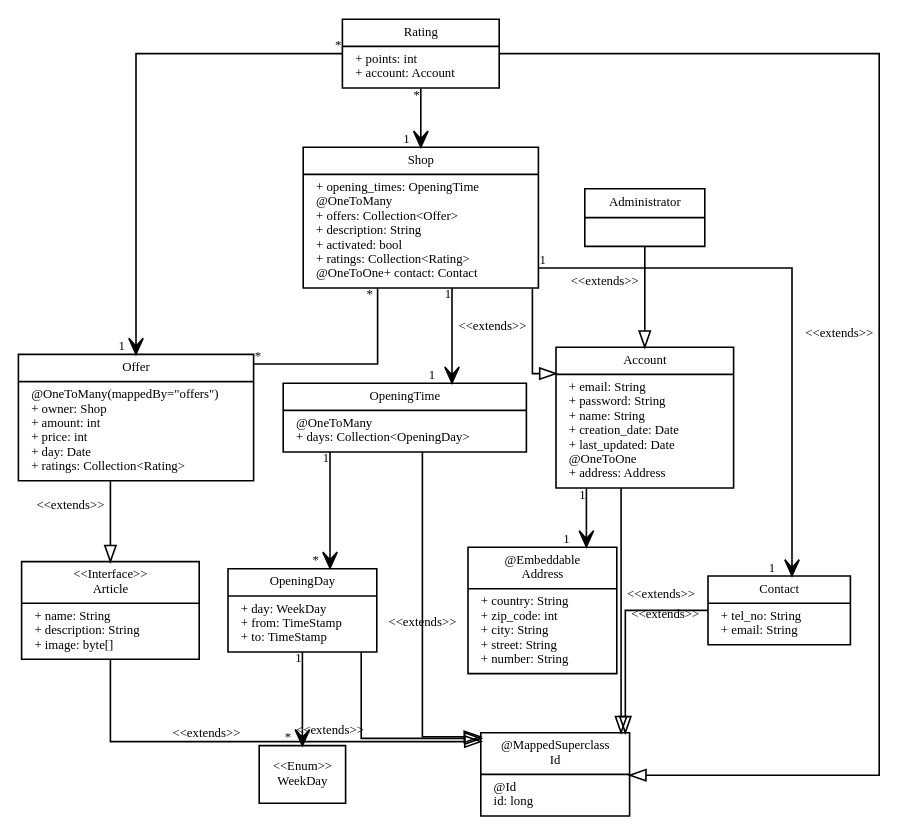
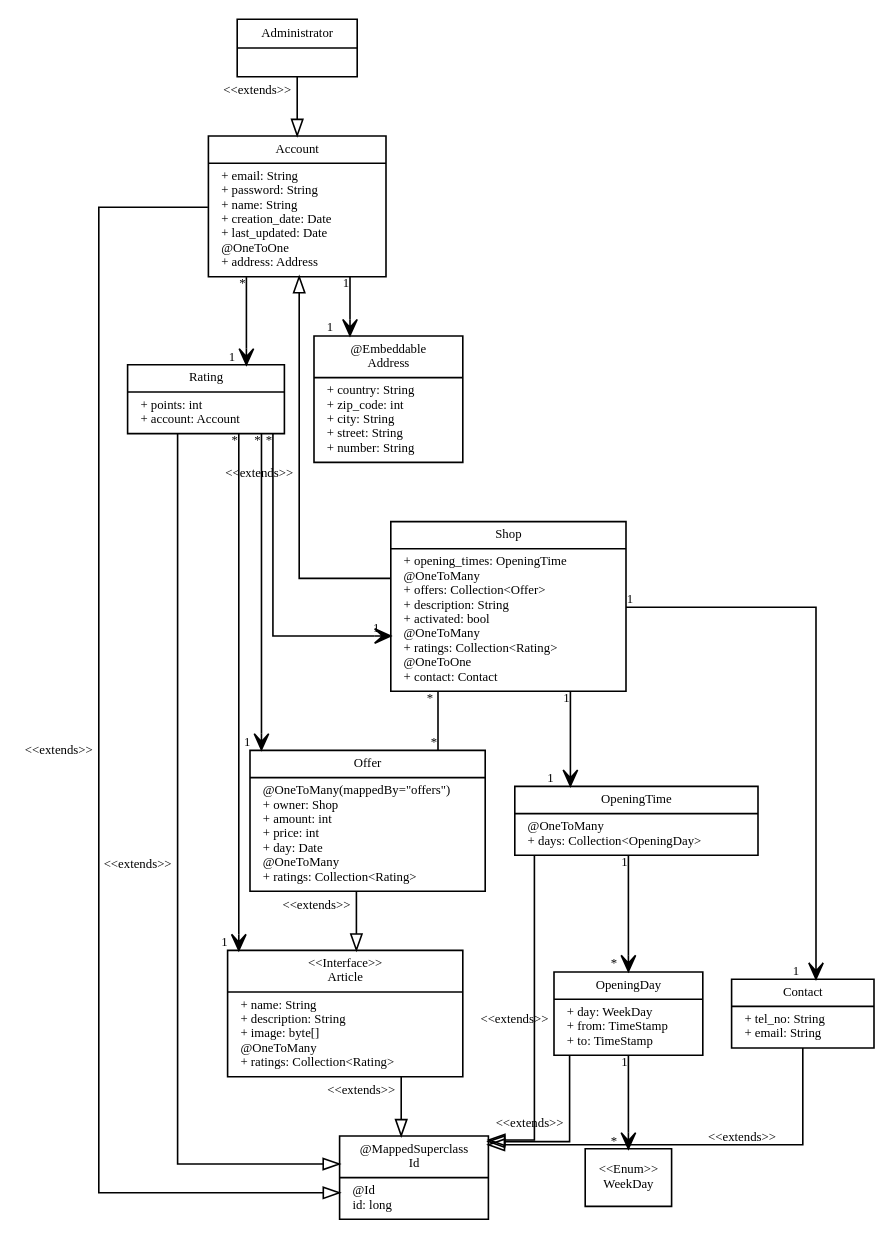
Before and after one commit to vbrandl/tidli: the diagram in docs/tidli.dot, drawn with Graphviz. The commit also changed 55 other files, not shown here.

```diff
--- a/docs/tidli.dot
+++ b/docs/tidli.dot
@@ -1,169 +1,174 @@
 digraph G {
 	graph [ splines=ortho ]
 	fontname = "Inconsolata"
 	fontsize = 8
 
 	node [
 		fontname = "Inconsolata"
 		fontsize = 8
 		shape = "record"
 	]
 
 	edge [
 		fontname = "Inconsolata"
 		fontsize = 8
 	]
 
 	Id [
 		label = "{@MappedSuperclass\n
 			Id|
 			@Id\l
 			id: long\l
 			}"
 	]
 
 	{
 		edge [ arrowhead=empty xlabel="<<extends>>" ]
 		Account -> Id
 		Article -> Id
 		OpeningTime -> Id
 		OpeningDay -> Id
 		Rating -> Id
 		Contact -> Id
 	}
 
 	Account [
 		label = "{
 			Account|
 			+ email: String\l
 			+ password: String\l
 			+ name: String\l
 			+ creation_date: Date\l
 			+ last_updated: Date\l
 			@OneToOne\l
 			+ address: Address\l
 		}"
 	]
 
 	Contact [
 		label = "{
 			Contact|
 			+ tel_no: String\l
 			+ email: String\l
 		}"
 	]
 
 	Rating [
 		label = "{
 			Rating|
 			+ points: int\l
 			+ account: Account\l
 		}"
 	]
 
 	Shop [
 		label = "{Shop|
 			+ opening_times: OpeningTime\l
 			@OneToMany\l
 			+ offers: Collection\<Offer\>\l
 			+ description: String\l
 			+ activated: bool\l
+			@OneToMany\l
 			+ ratings: Collection\<Rating\>\l
-			@OneToOne
+			@OneToOne\l
 			+ contact: Contact\l
 			}"
 	]
 
 		/* User [ */
 		/* 	label = "{User| */
 		/* 	+ address: Address\l */
 		/* 	}" */
 		/* ] */
 
 	OpeningTime [
 		label = "{OpeningTime|
 			@OneToMany\l
 			+ days: Collection\<OpeningDay\>\l
 			}"
 	]
 
 	OpeningDay [
 		label = "{OpeningDay|
 			+ day: WeekDay\l
 			+ from: TimeStamp\l
 			+ to: TimeStamp\l
 			}"
 	]
 
 	WeekDay [
 		label ="{\<\<Enum\>\>\n
 			WeekDay
 			}"
 	]
 
 	Address [
 		label = "{@Embeddable\n
 			Address|
 			+ country: String\l
 			+ zip_code: int\l
 			+ city: String\l
 			+ street: String\l
 			+ number: String\l
 			}"
 	]
 
 	Administrator [
 		label = "{Administrator|}"
-/* + \l */
 	]
 
 	Article [
 		label = "{\<\<Interface\>\>\n
 			Article|
 			+ name: String\l
 			+ description: String\l
 			+ image: byte[]\l
+			@OneToMany\l
+			+ ratings: Collection\<Rating\>\l
 			}"
 	]
 
 	Offer [
 		label = "{Offer|
 			@OneToMany(mappedBy=\"offers\")\l
 			+ owner: Shop\l
 			+ amount: int\l
 			+ price: int\l
 			+ day: Date\l
+			@OneToMany\l
 			+ ratings: Collection\<Rating\>\l
 			}"
 	]
 
 	{
 		edge [ arrowhead=empty xlabel="<<extends>>" ]
 		Shop -> Account
 		Administrator -> Account
 		Offer -> Article
 	}
 	{
 		edge [ arrowhead=vee taillabel="1" headlabel="*  " ]
 		OpeningDay -> WeekDay
 		OpeningTime -> OpeningDay
 	}
 	{
 		edge [ arrowhead=vee taillabel="*" headlabel="1  "]
 		Rating -> Shop
 		Rating -> Offer
+		Rating -> Article
+		Account -> Rating
 	}
 	{
 		edge [ arrowhead=vee taillabel="1" headlabel="1   " ]
 		Shop -> OpeningTime
 		Account -> Address
 		Shop -> Contact
 	}
 	{
 		edge [ dir=none taillabel="* " headlabel = "*"]
 		Shop -> Offer [
 			/* taillabel="* \nofferingShop" */
 			/* headlabel="*\nofferedArticles" */
 		]
 	}
 }
```
